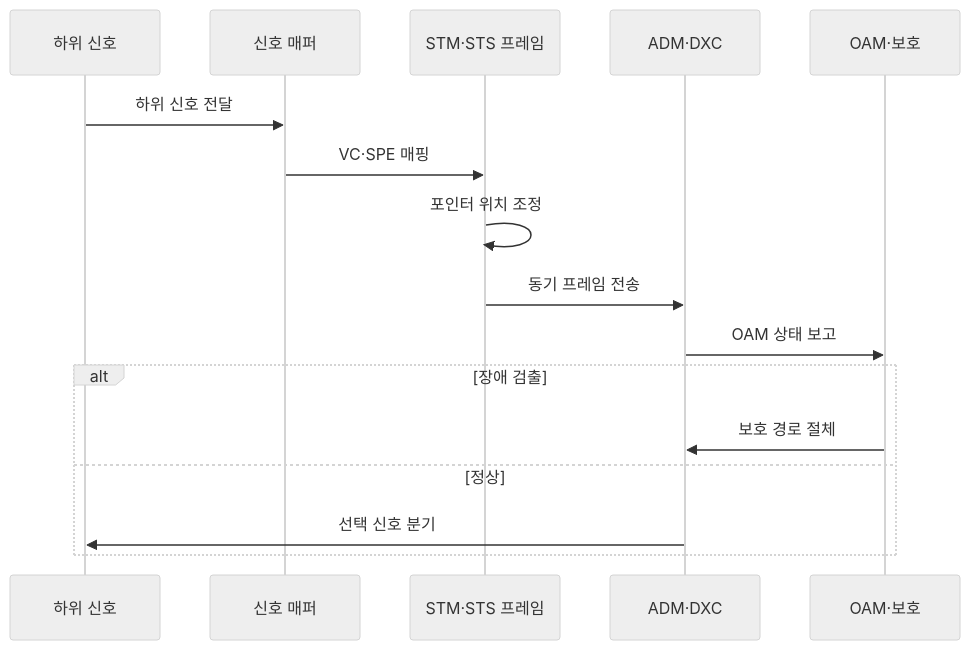
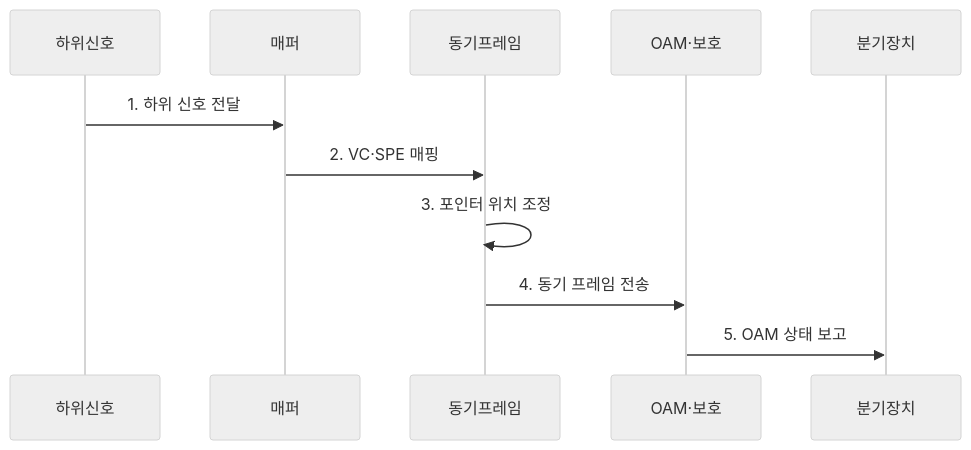
The second of 2 diagrams in src/content/docs/notes/04-network/069_pdh_sdh_sonet.md (agnusdei1207/knowledge-base), drawn with Mermaid (neutral theme) before and after one commit. The commit also changed other lines of this file and 20 other files, not shown here.

````diff
--- a/src/content/docs/notes/04-network/069_pdh_sdh_sonet.md
+++ b/src/content/docs/notes/04-network/069_pdh_sdh_sonet.md
@@ -96,18 +89,13 @@
 ```mermaid
 sequenceDiagram
-    participant C as 하위 신호
-    participant M as 신호 매퍼
-    participant F as STM·STS 프레임
-    participant A as ADM·DXC
-    participant O as OAM·보호
-    C->>M: 하위 신호 전달
-    M->>F: VC·SPE 매핑
-    F->>F: 포인터 위치 조정
-    F->>A: 동기 프레임 전송
-    A->>O: OAM 상태 보고
-    alt 장애 검출
-        O->>A: 보호 경로 절체
-    else 정상
-        A->>C: 선택 신호 분기
-    end
+    participant 하위신호
+    participant 매퍼
+    participant 동기프레임
+    participant OAM·보호
+    participant 분기장치
+    하위신호->>매퍼: 1. 하위 신호 전달
+    매퍼->>동기프레임: 2. VC·SPE 매핑
+    동기프레임->>동기프레임: 3. 포인터 위치 조정
+    동기프레임->>OAM·보호: 4. 동기 프레임 전송
+    OAM·보호->>분기장치: 5. OAM 상태 보고
 ```
````
